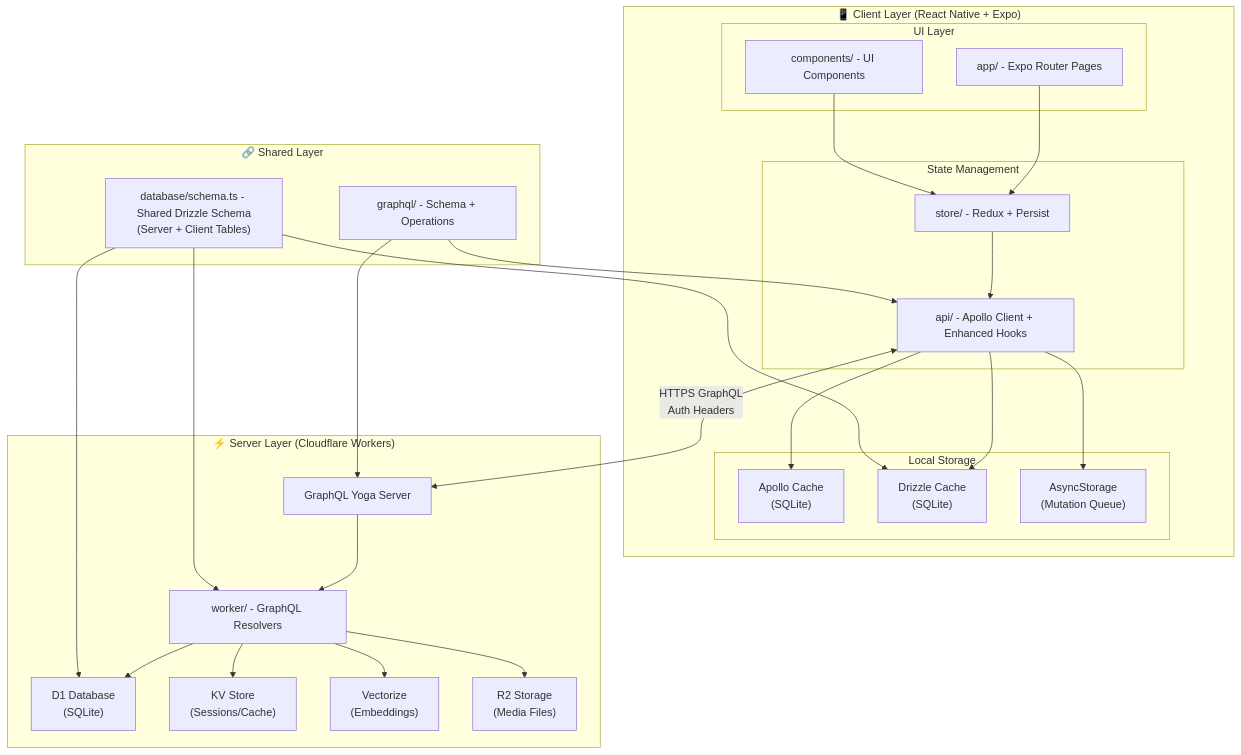
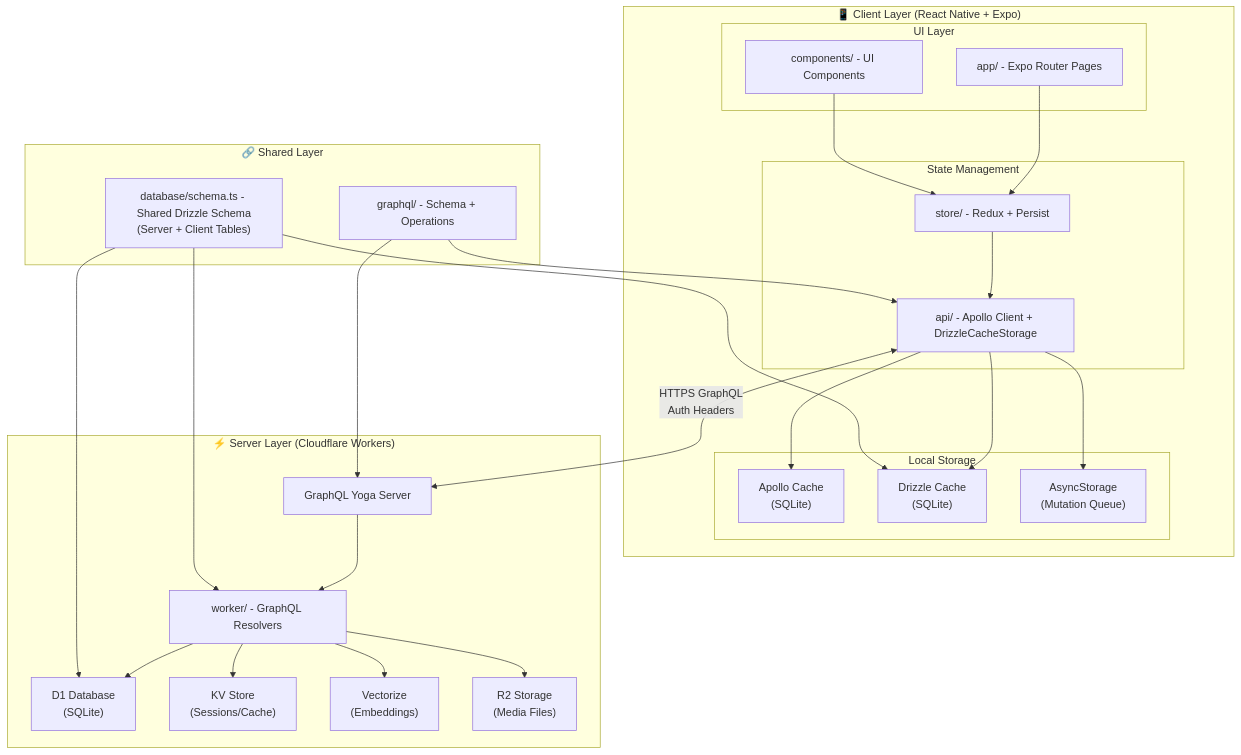
One commit to mehotkhan/safarnak.app changed the first of 11 diagrams in README.md. Above: the diagram before and after it, drawn with Mermaid. The commit also changed other lines of this file, not shown here.

Commit message:
docs(readme): fix outdated references (Enhanced→Generated hooks, apollo cache table); refresh diagrams

````diff
--- a/README.md
+++ b/README.md
@@ -68,50 +68,50 @@
 ```mermaid
 flowchart TB
   subgraph Client["📱 Client Layer (React Native + Expo)"]
     subgraph UI["UI Layer"]
       A["app/ - Expo Router Pages"]
       B["components/ - UI Components"]
     end
     subgraph State["State Management"]
       C["store/ - Redux + Persist"]
-      D["api/ - Apollo Client + Enhanced Hooks"]
+      D["api/ - Apollo Client + DrizzleCacheStorage"]
     end
     subgraph Local["Local Storage"]
       E["Apollo Cache<br/>(SQLite)"]
       F["Drizzle Cache<br/>(SQLite)"]
       G["AsyncStorage<br/>(Mutation Queue)"]
     end
   end
 
   subgraph Shared["🔗 Shared Layer"]
     H["graphql/ - Schema + Operations"]
     I["database/schema.ts - Shared Drizzle Schema<br/>(Server + Client Tables)"]
   end
 
   subgraph Worker["⚡ Server Layer (Cloudflare Workers)"]
     J["worker/ - GraphQL Resolvers"]
     K["GraphQL Yoga Server"]
     L["D1 Database<br/>(SQLite)"]
     M["KV Store<br/>(Sessions/Cache)"]
     N["Vectorize<br/>(Embeddings)"]
     O["R2 Storage<br/>(Media Files)"]
   end
 
   A --> C
   B --> C
   C --> D
   D --> E
   D --> F
   D --> G
   D <-->|HTTPS GraphQL<br/>Auth Headers| K
   K --> J
   J --> L
   J --> M
   J --> N
   J --> O
   H --> D
   H --> K
   I --> F
   I --> L
   I --> J
 ```
````
